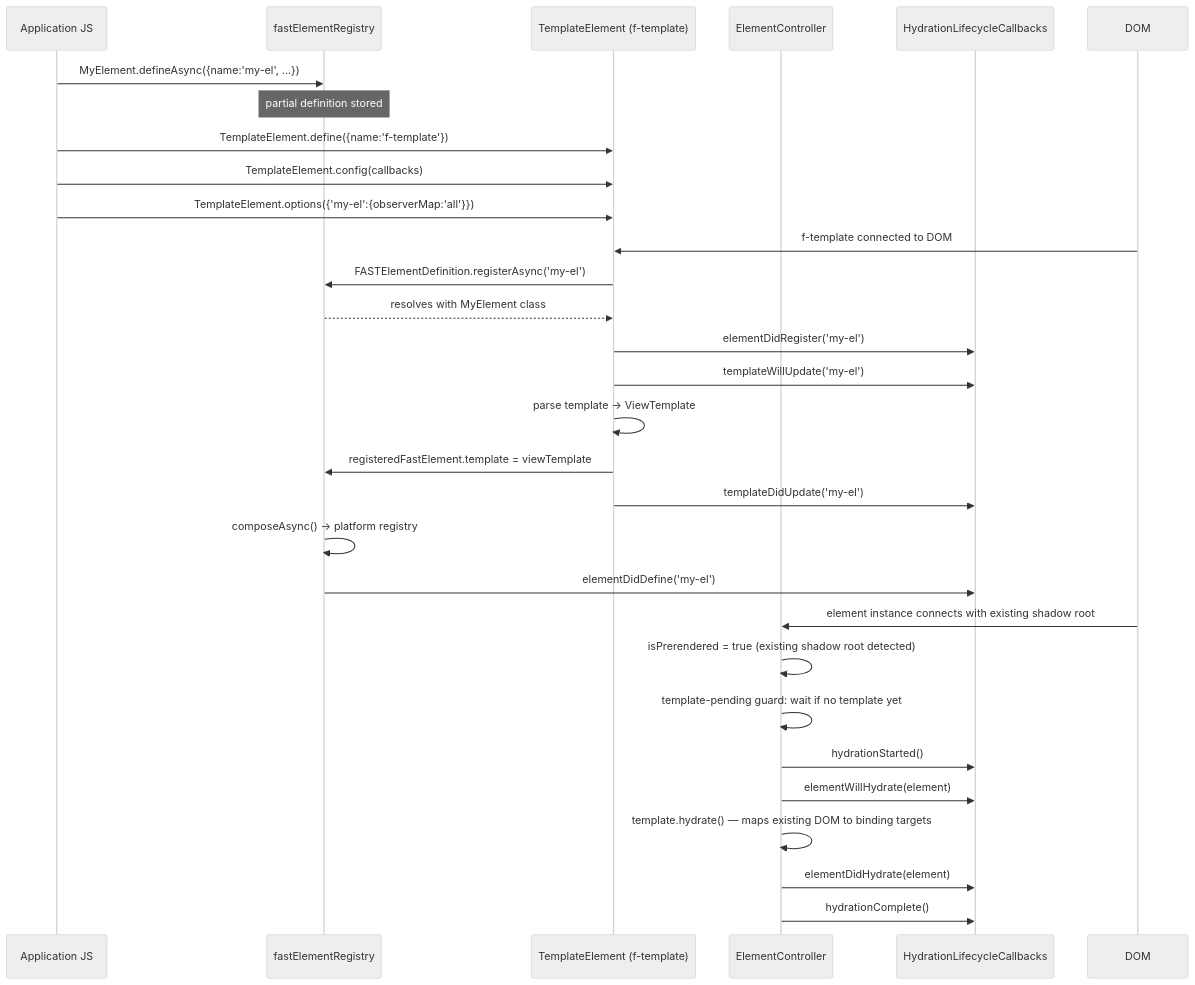
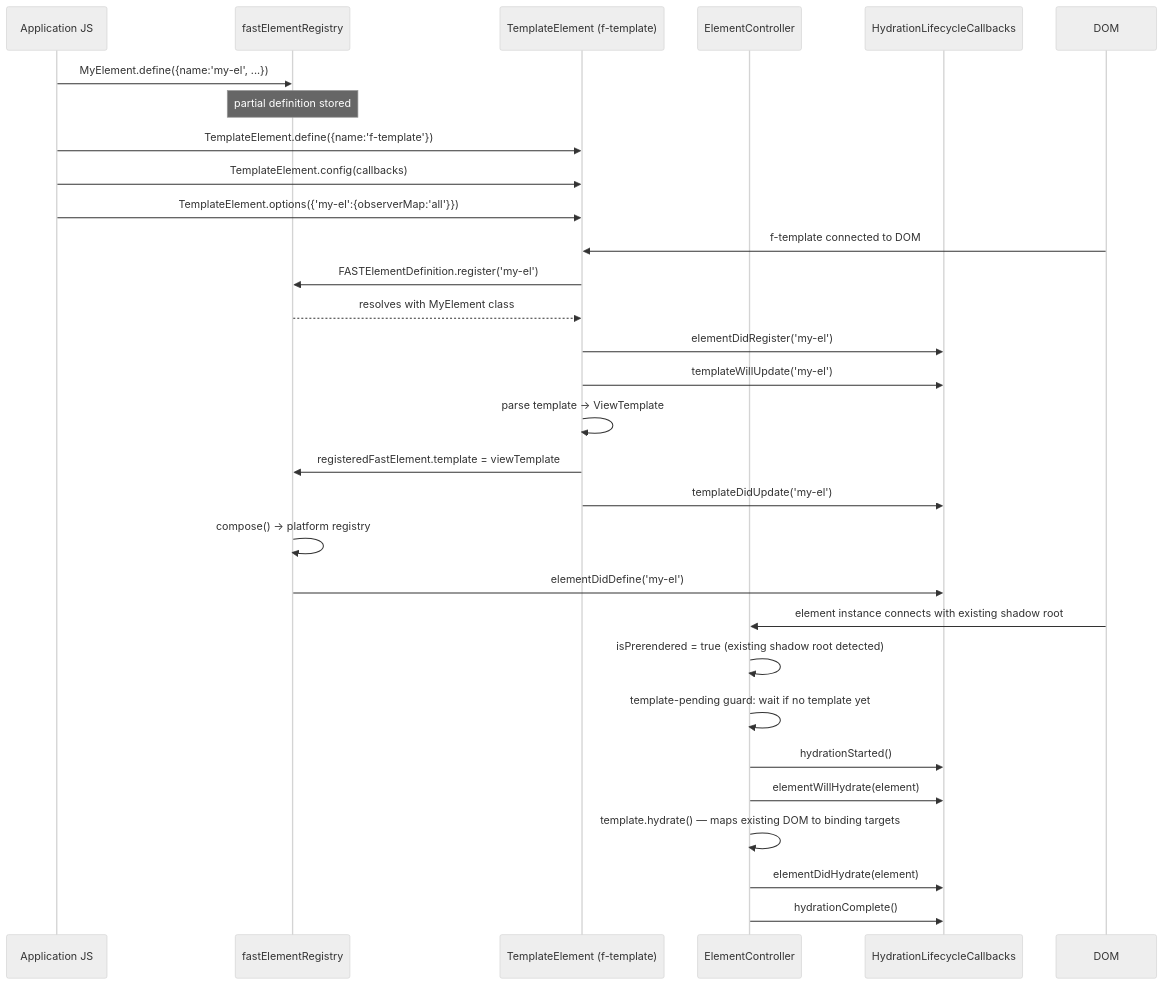
Before and after one commit to microsoft/fast: the fourth of 4 diagrams in packages/fast-html/DESIGN.md, drawn with Mermaid (neutral theme). The commit also changed other lines of this file and 61 other files, not shown here.

First line of the commit message:
feat: replace defineAsync/composeAsync with Promise-returning define/compose (#7467)

````diff
--- a/packages/fast-html/DESIGN.md
+++ b/packages/fast-html/DESIGN.md
@@ -455,35 +455,35 @@
 ```mermaid
 sequenceDiagram
     participant App as Application JS
     participant FER as fastElementRegistry
     participant TE as TemplateElement (f-template)
     participant EC as ElementController
     participant Callbacks as HydrationLifecycleCallbacks
 
-    App->>FER: MyElement.defineAsync({name:'my-el', ...})
+    App->>FER: MyElement.define({name:'my-el', ...})
     note over FER: partial definition stored
 
     App->>TE: TemplateElement.define({name:'f-template'})
     App->>TE: TemplateElement.config(callbacks)
     App->>TE: TemplateElement.options({'my-el':{observerMap:'all'}})
 
     DOM->>TE: f-template connected to DOM
-    TE->>FER: FASTElementDefinition.registerAsync('my-el')
+    TE->>FER: FASTElementDefinition.register('my-el')
     FER-->>TE: resolves with MyElement class
     TE->>Callbacks: elementDidRegister('my-el')
     TE->>Callbacks: templateWillUpdate('my-el')
     TE->>TE: parse template → ViewTemplate
     TE->>FER: registeredFastElement.template = viewTemplate
     TE->>Callbacks: templateDidUpdate('my-el')
-    FER->>FER: composeAsync() → platform registry
+    FER->>FER: compose() → platform registry
     FER->>Callbacks: elementDidDefine('my-el')
 
     DOM->>EC: element instance connects with existing shadow root
     EC->>EC: isPrerendered = true (existing shadow root detected)
     EC->>EC: template-pending guard: wait if no template yet
     EC->>Callbacks: hydrationStarted()
     EC->>Callbacks: elementWillHydrate(element)
     EC->>EC: template.hydrate() — maps existing DOM to binding targets
     EC->>Callbacks: elementDidHydrate(element)
     EC->>Callbacks: hydrationComplete()
 ```
````
